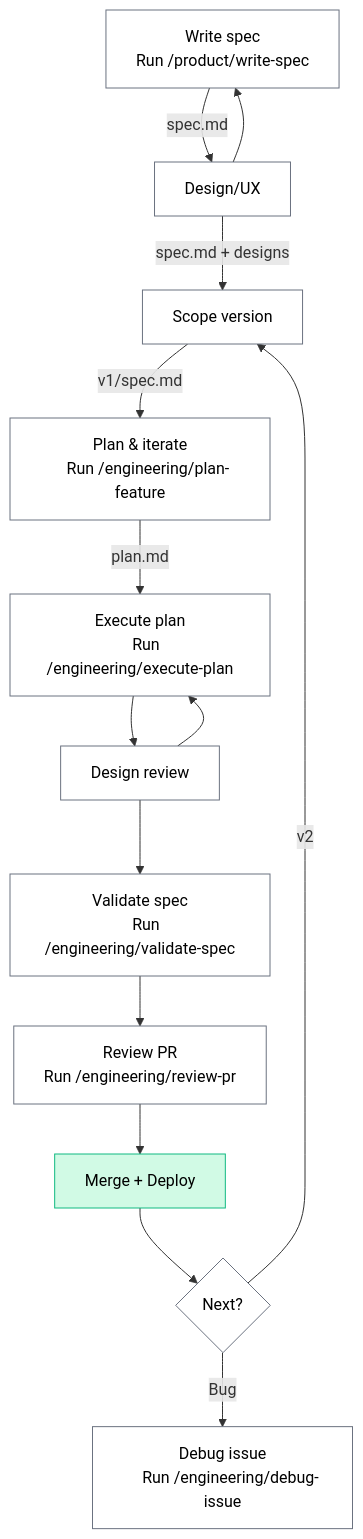
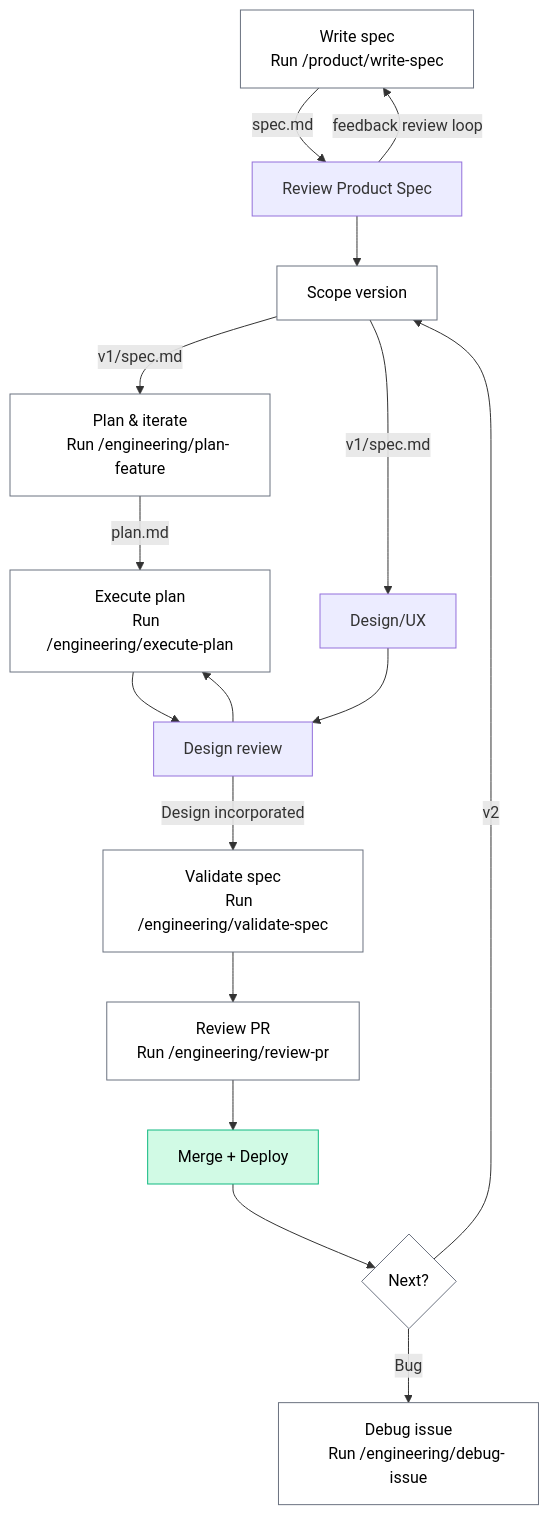
The second of 2 diagrams in README.md (DalgoT4D/dalgo-core), drawn with Mermaid before and after one commit.

Commit message:
Updated engineering track to make engineering and design run parallel

````diff
--- a/README.md
+++ b/README.md
@@ -87,34 +87,34 @@
 ```mermaid
 flowchart TD
     A["Write spec
-    Run /product/write-spec"] --> |"spec.md"| DR["Design/UX"]
-    DR --> |"spec.md + designs"| C["Scope version"]
-    DR --> A
+    Run /product/write-spec"] --> |"spec.md"| B["Review Product Spec"]
+    B --> C["Scope version"]
+    B --> |"feedback review loop"| A
     C --> |"v1/spec.md"| D["Plan & iterate
     Run /engineering/plan-feature"]
+    C --> |"v1/spec.md"| E["Design/UX"]
     D --> |"plan.md"| F["Execute plan
     Run /engineering/execute-plan"]
-    F --> DR2["Design review"]
-    DR2 --> G["Validate spec
+    F --> DR1["Design review"]
+    DR1 --> F
+    E --> DR1
+    DR1 --> |"Design incorporated"| G["Validate spec
     Run /engineering/validate-spec"]
-    DR2 --> F
     G --> H["Review PR
     Run /engineering/review-pr"]
     H --> I["Merge + Deploy"]
     I --> J{Next?}
     J --> |Bug| K["Debug issue
     Run /engineering/debug-issue"]
     J --> |v2| C
 
     style A fill:#fff,stroke:#6b7280,color:#000
-    style DR fill:#fff,stroke:#6b7280,color:#000
     style C fill:#fff,stroke:#6b7280,color:#000
     style D fill:#fff,stroke:#6b7280,color:#000
     style F fill:#fff,stroke:#6b7280,color:#000
-    style DR2 fill:#fff,stroke:#6b7280,color:#000
     style G fill:#fff,stroke:#6b7280,color:#000
     style H fill:#fff,stroke:#6b7280,color:#000
     style I fill:#d1fae5,stroke:#10b981,color:#000
     style J fill:#fff,stroke:#6b7280,color:#000
     style K fill:#fff,stroke:#6b7280,color:#000
 ```
````
